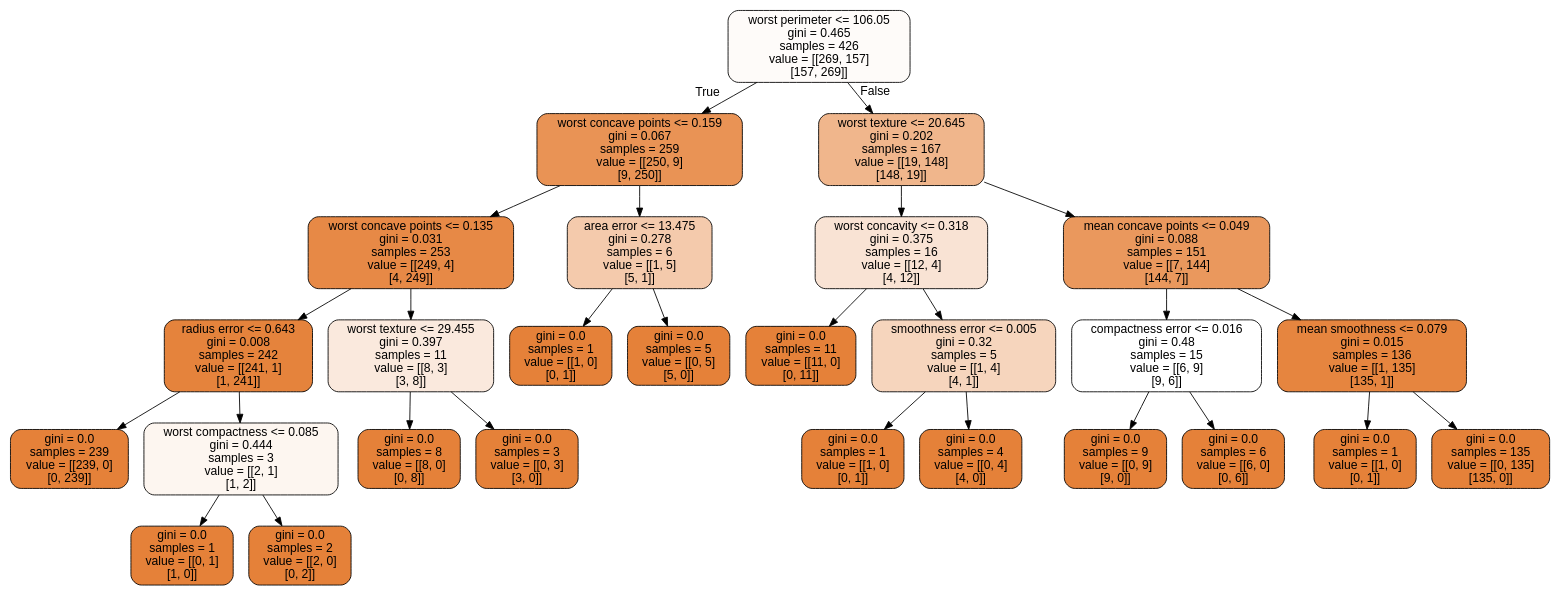
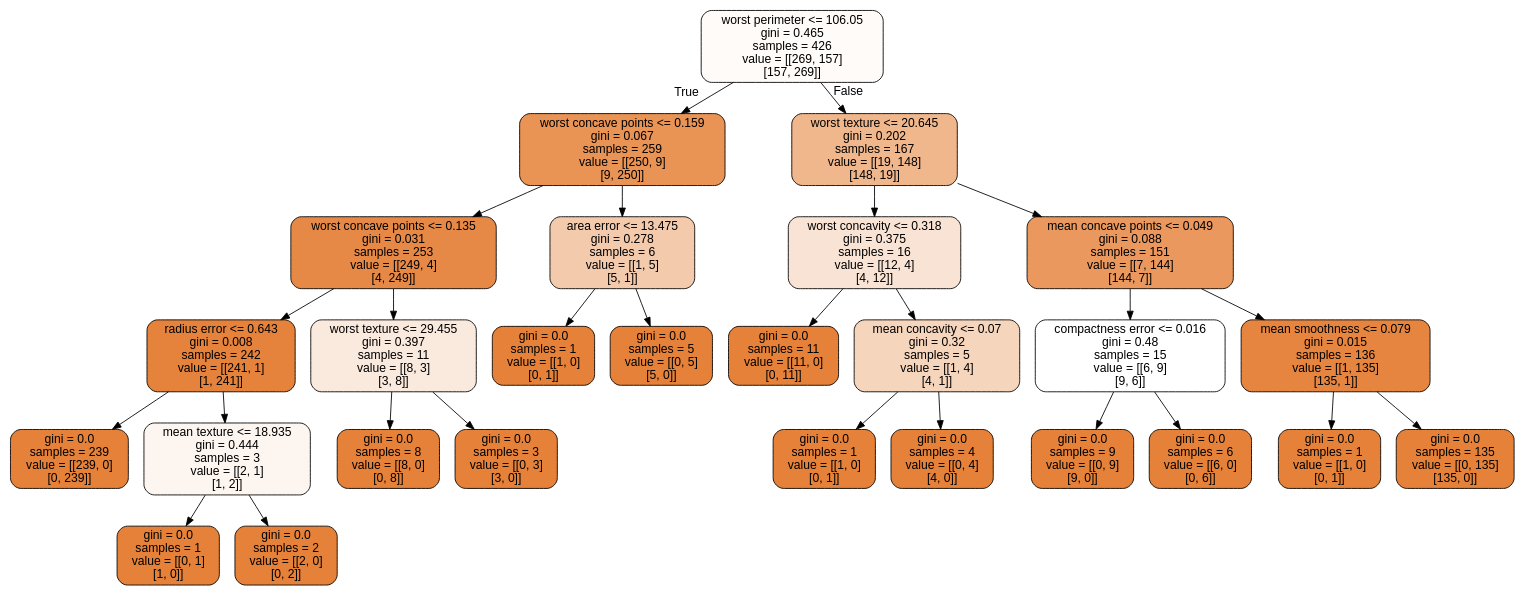
One commit to CompPhysics/MachineLearning changed the diagram in doc/pub/week44/ipynb/Datafiles/cancer.dot. Above: the diagram before and after it, drawn with Graphviz. The commit also changed 2 other files, not shown here.

```diff
--- a/doc/pub/week44/ipynb/Datafiles/cancer.dot
+++ b/doc/pub/week44/ipynb/Datafiles/cancer.dot
@@ -1,57 +1,57 @@
 digraph Tree {
 node [shape=box, style="filled, rounded", color="black", fontname="helvetica"] ;
 edge [fontname="helvetica"] ;
 0 [label="worst perimeter <= 106.05\ngini = 0.465\nsamples = 426\nvalue = [[269, 157]\n[157, 269]]", fillcolor="#fefbf9"] ;
 1 [label="worst concave points <= 0.159\ngini = 0.067\nsamples = 259\nvalue = [[250, 9]\n[9, 250]]", fillcolor="#e99355"] ;
 0 -> 1 [labeldistance=2.5, labelangle=45, headlabel="True"] ;
 2 [label="worst concave points <= 0.135\ngini = 0.031\nsamples = 253\nvalue = [[249, 4]\n[4, 249]]", fillcolor="#e78946"] ;
 1 -> 2 ;
 3 [label="radius error <= 0.643\ngini = 0.008\nsamples = 242\nvalue = [[241, 1]\n[1, 241]]", fillcolor="#e5833c"] ;
 2 -> 3 ;
 4 [label="gini = 0.0\nsamples = 239\nvalue = [[239, 0]\n[0, 239]]", fillcolor="#e58139"] ;
 3 -> 4 ;
-5 [label="worst compactness <= 0.085\ngini = 0.444\nsamples = 3\nvalue = [[2, 1]\n[1, 2]]", fillcolor="#fdf6f0"] ;
+5 [label="mean texture <= 18.935\ngini = 0.444\nsamples = 3\nvalue = [[2, 1]\n[1, 2]]", fillcolor="#fdf6f0"] ;
 3 -> 5 ;
 6 [label="gini = 0.0\nsamples = 1\nvalue = [[0, 1]\n[1, 0]]", fillcolor="#e58139"] ;
 5 -> 6 ;
 7 [label="gini = 0.0\nsamples = 2\nvalue = [[2, 0]\n[0, 2]]", fillcolor="#e58139"] ;
 5 -> 7 ;
 8 [label="worst texture <= 29.455\ngini = 0.397\nsamples = 11\nvalue = [[8, 3]\n[3, 8]]", fillcolor="#fae9dd"] ;
 2 -> 8 ;
 9 [label="gini = 0.0\nsamples = 8\nvalue = [[8, 0]\n[0, 8]]", fillcolor="#e58139"] ;
 8 -> 9 ;
 10 [label="gini = 0.0\nsamples = 3\nvalue = [[0, 3]\n[3, 0]]", fillcolor="#e58139"] ;
 8 -> 10 ;
 11 [label="area error <= 13.475\ngini = 0.278\nsamples = 6\nvalue = [[1, 5]\n[5, 1]]", fillcolor="#f4caac"] ;
 1 -> 11 ;
 12 [label="gini = 0.0\nsamples = 1\nvalue = [[1, 0]\n[0, 1]]", fillcolor="#e58139"] ;
 11 -> 12 ;
 13 [label="gini = 0.0\nsamples = 5\nvalue = [[0, 5]\n[5, 0]]", fillcolor="#e58139"] ;
 11 -> 13 ;
 14 [label="worst texture <= 20.645\ngini = 0.202\nsamples = 167\nvalue = [[19, 148]\n[148, 19]]", fillcolor="#f0b68c"] ;
 0 -> 14 [labeldistance=2.5, labelangle=-45, headlabel="False"] ;
 15 [label="worst concavity <= 0.318\ngini = 0.375\nsamples = 16\nvalue = [[12, 4]\n[4, 12]]", fillcolor="#f9e3d4"] ;
 14 -> 15 ;
 16 [label="gini = 0.0\nsamples = 11\nvalue = [[11, 0]\n[0, 11]]", fillcolor="#e58139"] ;
 15 -> 16 ;
-17 [label="smoothness error <= 0.005\ngini = 0.32\nsamples = 5\nvalue = [[1, 4]\n[4, 1]]", fillcolor="#f6d5bd"] ;
+17 [label="mean concavity <= 0.07\ngini = 0.32\nsamples = 5\nvalue = [[1, 4]\n[4, 1]]", fillcolor="#f6d5bd"] ;
 15 -> 17 ;
 18 [label="gini = 0.0\nsamples = 1\nvalue = [[1, 0]\n[0, 1]]", fillcolor="#e58139"] ;
 17 -> 18 ;
 19 [label="gini = 0.0\nsamples = 4\nvalue = [[0, 4]\n[4, 0]]", fillcolor="#e58139"] ;
 17 -> 19 ;
 20 [label="mean concave points <= 0.049\ngini = 0.088\nsamples = 151\nvalue = [[7, 144]\n[144, 7]]", fillcolor="#ea985d"] ;
 14 -> 20 ;
 21 [label="compactness error <= 0.016\ngini = 0.48\nsamples = 15\nvalue = [[6, 9]\n[9, 6]]", fillcolor="#ffffff"] ;
 20 -> 21 ;
 22 [label="gini = 0.0\nsamples = 9\nvalue = [[0, 9]\n[9, 0]]", fillcolor="#e58139"] ;
 21 -> 22 ;
 23 [label="gini = 0.0\nsamples = 6\nvalue = [[6, 0]\n[0, 6]]", fillcolor="#e58139"] ;
 21 -> 23 ;
 24 [label="mean smoothness <= 0.079\ngini = 0.015\nsamples = 136\nvalue = [[1, 135]\n[135, 1]]", fillcolor="#e6853f"] ;
 20 -> 24 ;
 25 [label="gini = 0.0\nsamples = 1\nvalue = [[1, 0]\n[0, 1]]", fillcolor="#e58139"] ;
 24 -> 25 ;
 26 [label="gini = 0.0\nsamples = 135\nvalue = [[0, 135]\n[135, 0]]", fillcolor="#e58139"] ;
 24 -> 26 ;
 }
```
